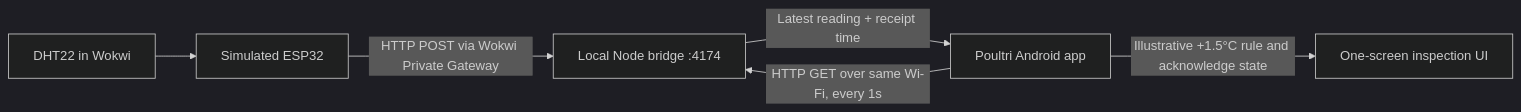
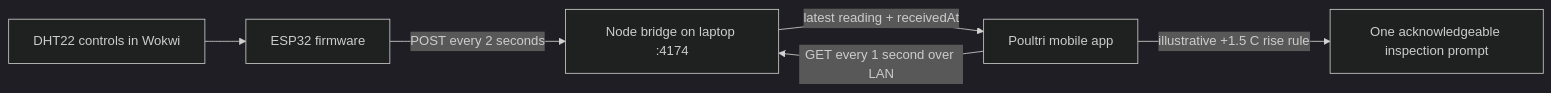
The first of 2 diagrams in build-requirements.md (kyledelfin2006/poultri-app), drawn with Mermaid (dark theme) before and after one commit. The commit also changed other lines of this file and 13 other files, not shown here.

Commit message:
Add local Wokwi sensor bridge and live demo support

````diff
--- a/build-requirements.md
+++ b/build-requirements.md
@@ -14,8 +7,8 @@
 ```mermaid
 flowchart LR
-    DHT[DHT22 in Wokwi] --> ESP32[Simulated ESP32]
-    ESP32 -->|HTTP POST via Wokwi Private Gateway| Bridge[Local Node bridge :4174]
-    App[Poultri Android app] -->|HTTP GET over same Wi-Fi, every 1s| Bridge
-    Bridge -->|Latest reading + receipt time| App
-    App -->|Illustrative +1.5°C rule and acknowledge state| UI[One-screen inspection UI]
+    DHT[DHT22 controls in Wokwi] --> ESP[ESP32 firmware]
+    ESP -->|POST every 2 seconds| Bridge[Node bridge on laptop :4174]
+    App[Poultri mobile app] -->|GET every 1 second over LAN| Bridge
+    Bridge -->|latest reading + receivedAt| App
+    App -->|illustrative +1.5 C rise rule| Prompt[One acknowledgeable inspection prompt]
 ```
````
